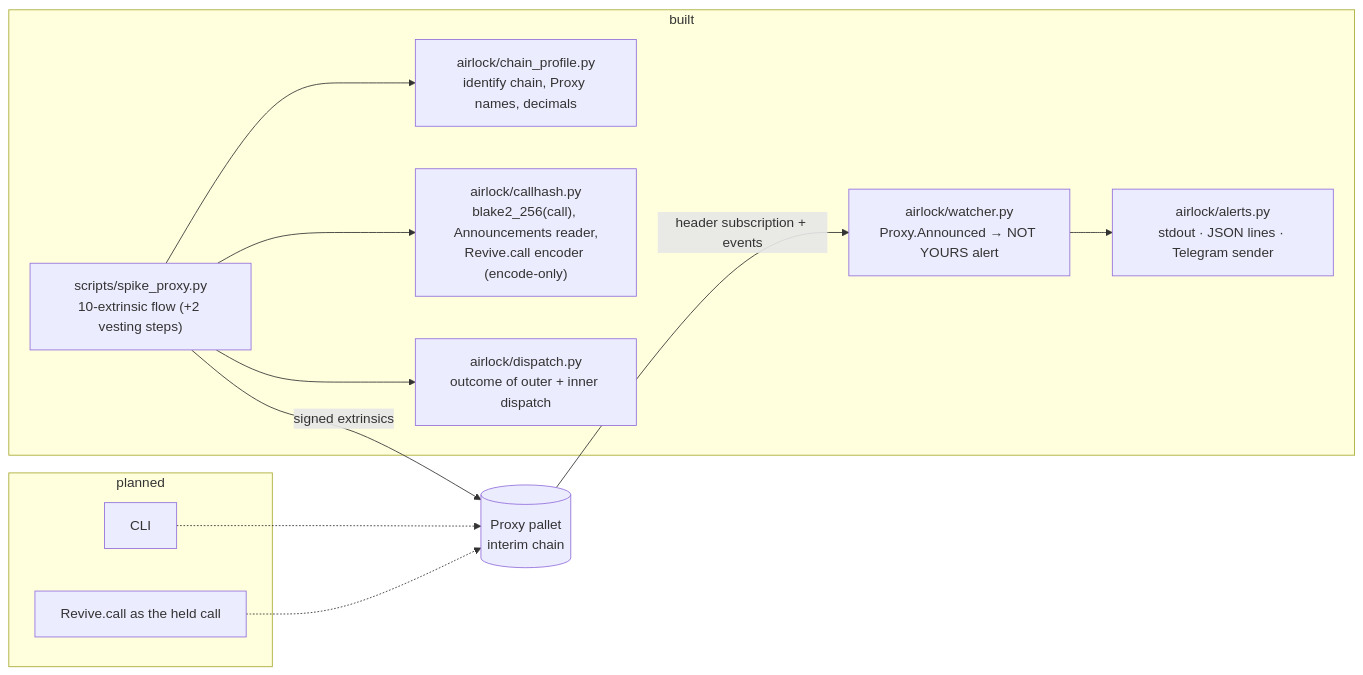
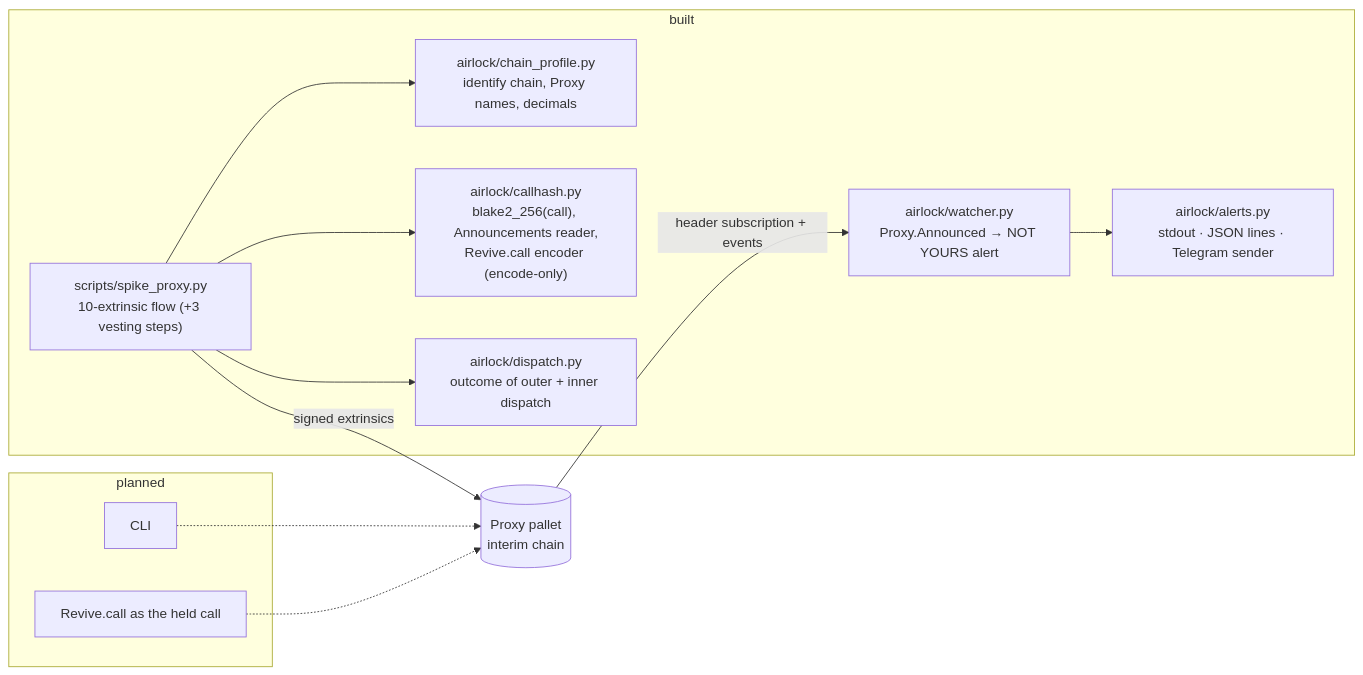
Before and after one commit to edycutjong/portaldot-hackathon-2026-airlock-edycu: the diagram in README.md, drawn with Mermaid. The commit also changed other lines of this file and 17 other files, not shown here.

````diff
--- a/README.md
+++ b/README.md
@@ -49,23 +49,23 @@
 ```mermaid
 flowchart LR
   subgraph built["built"]
     CP["airlock/chain_profile.py<br/>identify chain, Proxy names, decimals"]
     CH["airlock/callhash.py<br/>blake2_256(call), Announcements reader,<br/>Revive.call encoder (encode-only)"]
     DP["airlock/dispatch.py<br/>outcome of outer + inner dispatch"]
-    SP["scripts/spike_proxy.py<br/>10-extrinsic flow (+2 vesting steps)"]
+    SP["scripts/spike_proxy.py<br/>10-extrinsic flow (+3 vesting steps)"]
     W["airlock/watcher.py<br/>Proxy.Announced → NOT YOURS alert"]
     AL["airlock/alerts.py<br/>stdout · JSON lines · Telegram sender"]
   end
   subgraph planned["planned"]
     CLI["CLI"]
     REV["Revive.call as the held call"]
   end
   SP --> CP
   SP --> CH
   SP --> DP
   SP -->|"signed extrinsics"| N[("Proxy pallet<br/>interim chain")]
   N -->|"header subscription + events"| W
   W --> AL
   CLI -.-> N
   REV -.-> N
 ```
````
